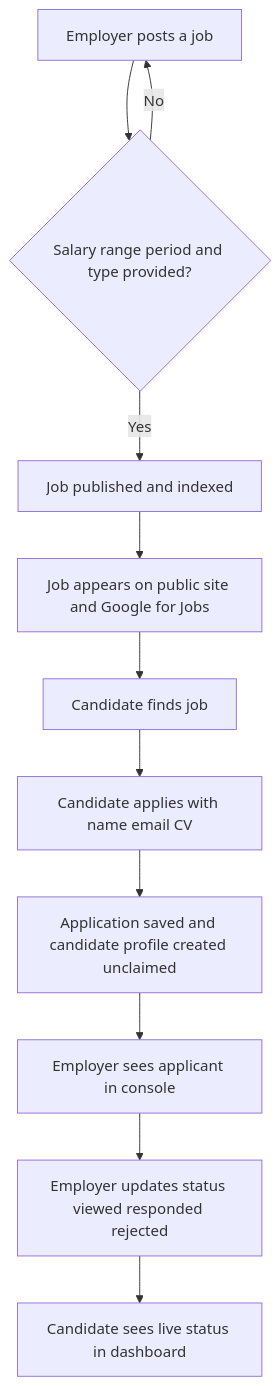
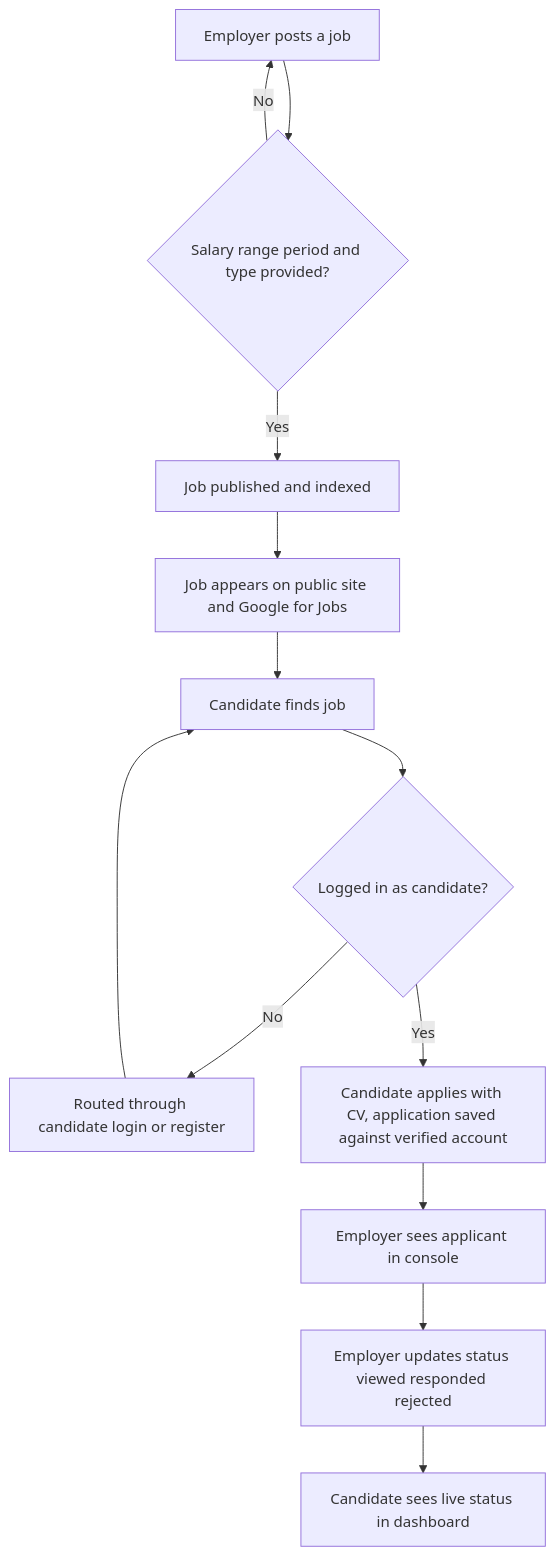
One commit to PABCon/soit changed the diagram in docs/flows/flow-a-core-loop.mmd. Above: the diagram before and after it, drawn with Mermaid. The commit also changed 26 other files, not shown here.

```diff
--- a/docs/flows/flow-a-core-loop.mmd
+++ b/docs/flows/flow-a-core-loop.mmd
@@ -1,11 +1,13 @@
 flowchart TD
     A[Employer posts a job] --> B{Salary range period and type provided?}
     B -->|No| A
     B -->|Yes| C[Job published and indexed]
     C --> D[Job appears on public site and Google for Jobs]
     D --> E[Candidate finds job]
-    E --> F[Candidate applies with name email CV]
-    F --> G[Application saved and candidate profile created unclaimed]
+    E --> F{Logged in as candidate?}
+    F -->|No| F2[Routed through candidate login or register]
+    F2 --> E
+    F -->|Yes| G[Candidate applies with CV, application saved against verified account]
     G --> H[Employer sees applicant in console]
     H --> I[Employer updates status viewed responded rejected]
     I --> J[Candidate sees live status in dashboard]
```
